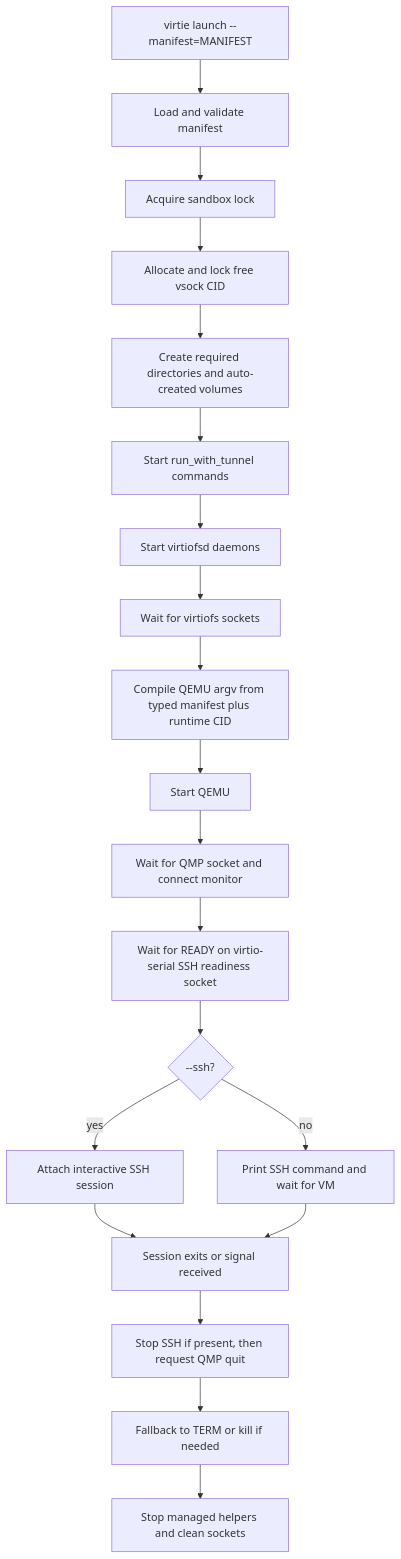
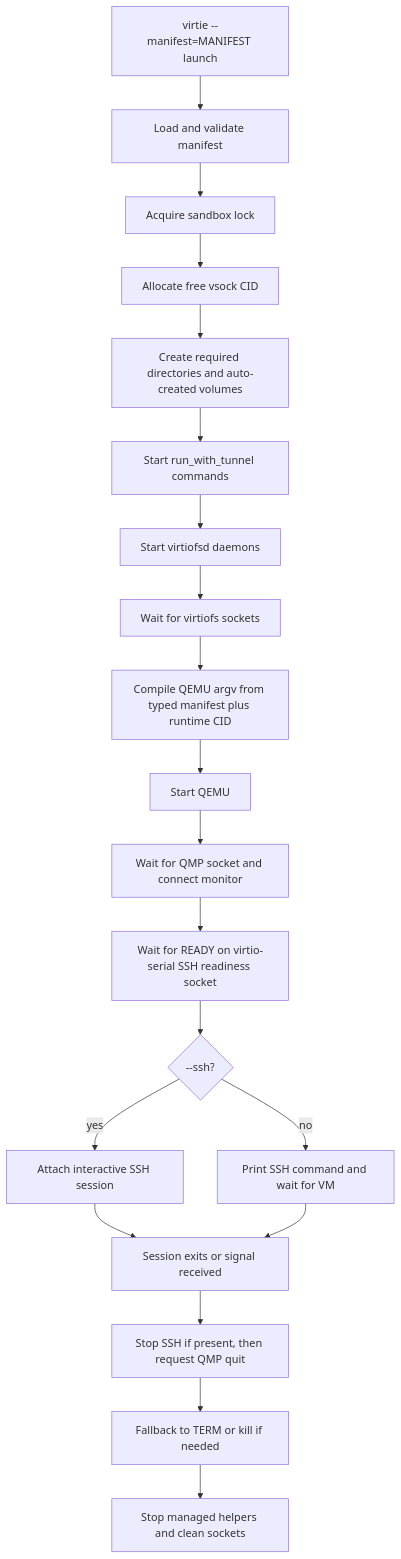
One commit to shazow/agentspace changed the diagram in .specs/virtie.md. Above: the diagram before and after it, drawn with Mermaid. The commit also changed other lines of this file and 19 other files, not shown here.

First line of the commit message:
virtie: Clean up manifest handling

````diff
--- a/.specs/virtie.md
+++ b/.specs/virtie.md
@@ -125,22 +125,22 @@
 ```mermaid
 flowchart TD
-  A[virtie launch --manifest=MANIFEST] --> B[Load and validate manifest]
+  A[virtie --manifest=MANIFEST launch] --> B[Load and validate manifest]
   B --> C[Acquire sandbox lock]
-  C --> D[Allocate and lock free vsock CID]
+  C --> D[Allocate free vsock CID]
   D --> E[Create required directories and auto-created volumes]
   E --> F[Start run_with_tunnel commands]
   F --> G[Start virtiofsd daemons]
   G --> H[Wait for virtiofs sockets]
   H --> I[Compile QEMU argv from typed manifest plus runtime CID]
   I --> J[Start QEMU]
   J --> K[Wait for QMP socket and connect monitor]
   K --> L[Wait for READY on virtio-serial SSH readiness socket]
   L --> M{--ssh?}
   M -->|yes| N[Attach interactive SSH session]
   M -->|no| O[Print SSH command and wait for VM]
   N --> P[Session exits or signal received]
   O --> P
   P --> Q[Stop SSH if present, then request QMP quit]
   Q --> R[Fallback to TERM or kill if needed]
   R --> S[Stop managed helpers and clean sockets]
 ```
````
